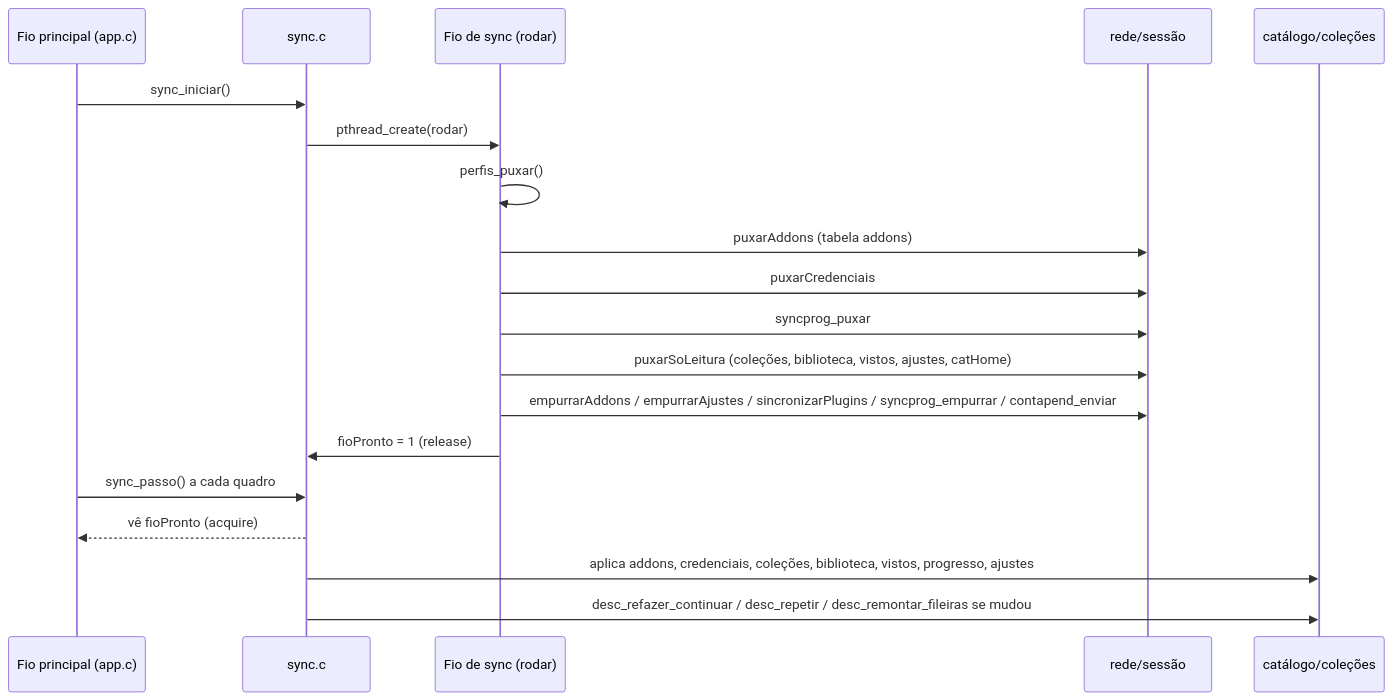
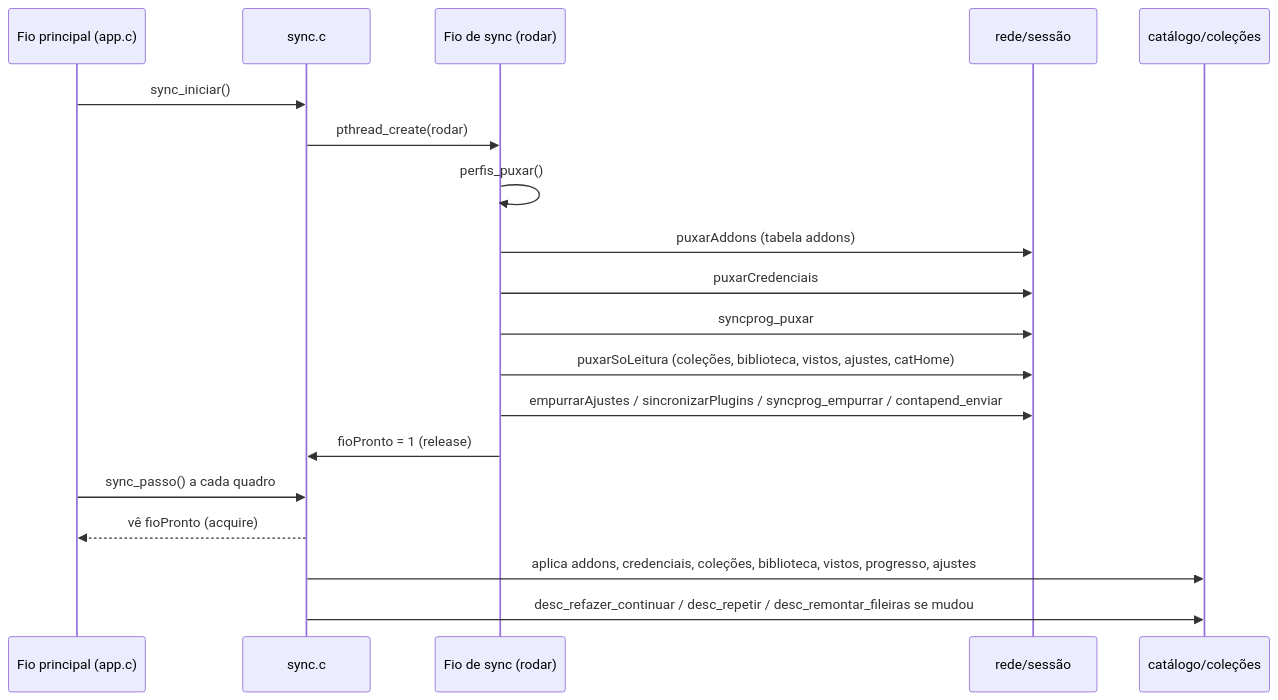
One commit to BestCine/BestCine-TV changed the second of 2 diagrams in docs/funcoes/sync.md. Above: the diagram before and after it, drawn with Mermaid. The commit also changed other lines of this file and 45 other files, not shown here.

````diff
--- a/docs/funcoes/sync.md
+++ b/docs/funcoes/sync.md
@@ -91,21 +87,21 @@
 ```mermaid
 sequenceDiagram
     participant P as Fio principal (app.c)
     participant S as sync.c
     participant F as Fio de sync (rodar)
     participant R as rede/sessão
     participant C as catálogo/coleções
     P->>S: sync_iniciar()
     S->>F: pthread_create(rodar)
     F->>F: perfis_puxar()
     F->>R: puxarAddons (tabela addons)
     F->>R: puxarCredenciais
     F->>R: syncprog_puxar
     F->>R: puxarSoLeitura (coleções, biblioteca, vistos, ajustes, catHome)
-    F->>R: empurrarAddons / empurrarAjustes / sincronizarPlugins / syncprog_empurrar / contapend_enviar
+    F->>R: empurrarAjustes / sincronizarPlugins / syncprog_empurrar / contapend_enviar
     F->>S: fioPronto = 1 (release)
     P->>S: sync_passo() a cada quadro
     S-->>P: vê fioPronto (acquire)
     S->>C: aplica addons, credenciais, coleções, biblioteca, vistos, progresso, ajustes
     S->>C: desc_refazer_continuar / desc_repetir / desc_remontar_fileiras se mudou
 ```
````
